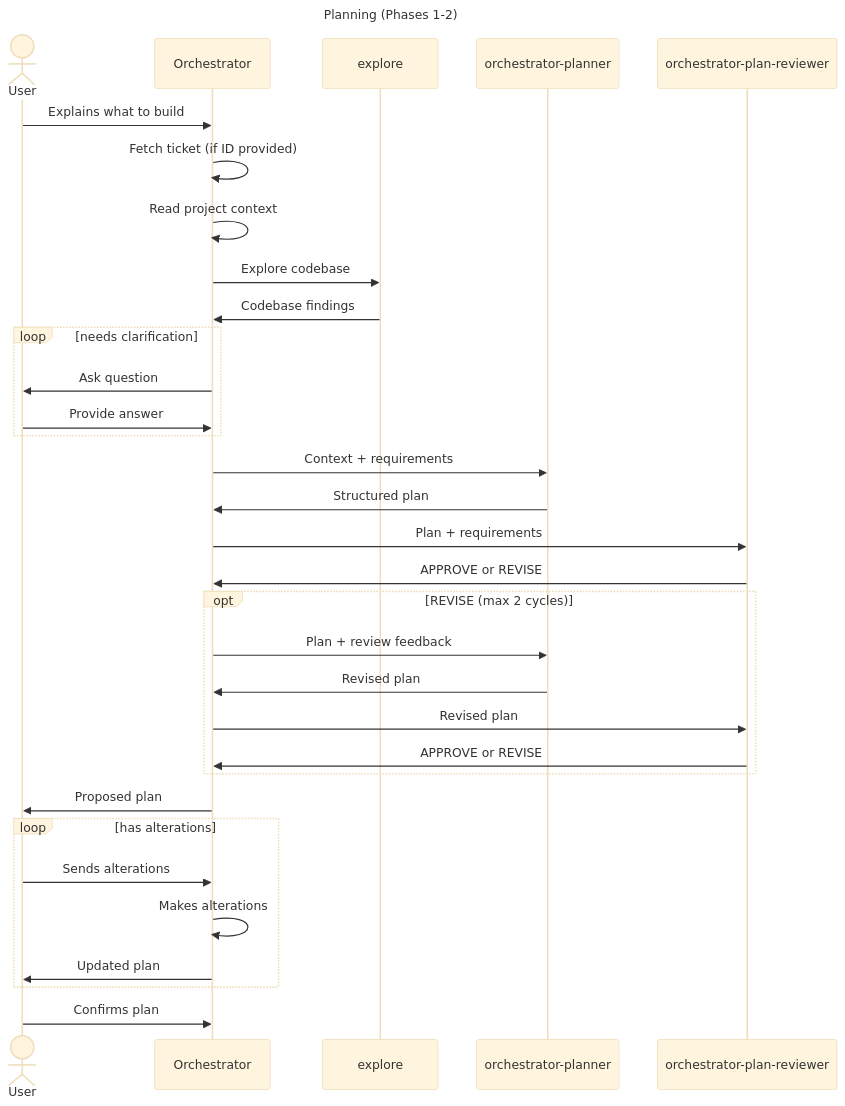
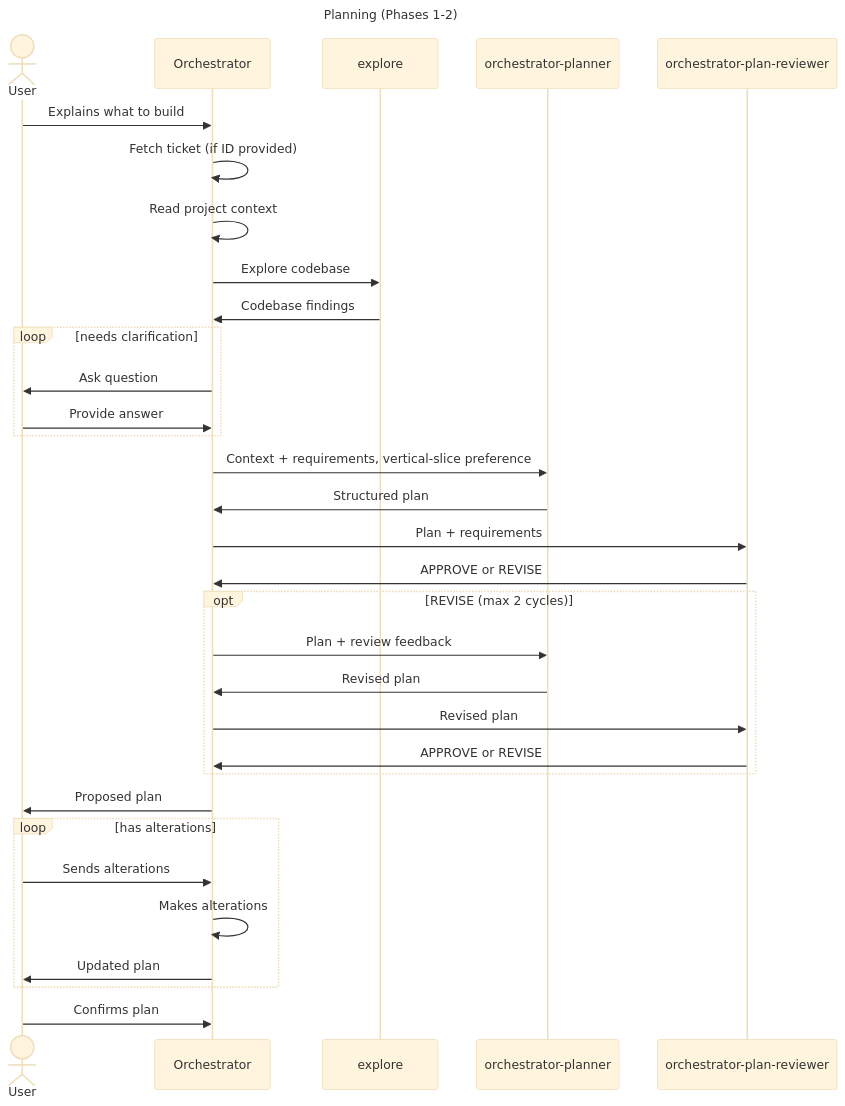
One commit to mlawd/dotfiles changed the first of 2 diagrams in agents/docs.md. Above: the diagram before and after it, drawn with Mermaid (base theme). The commit also changed 2 other files, not shown here.

Commit message:
chore: vertical slicing preference

````diff
--- a/agents/docs.md
+++ b/agents/docs.md
@@ -42,39 +42,39 @@
 ```mermaid
 ---
 title: Planning (Phases 1-2)
 ---
 
 sequenceDiagram
     actor u as User
     participant o as Orchestrator
     participant e as explore
     participant p as orchestrator-planner
     participant r as orchestrator-plan-reviewer
 
     u ->> o: Explains what to build
     o ->> o: Fetch ticket (if ID provided)
     o ->> o: Read project context
     o ->> e: Explore codebase
     e ->> o: Codebase findings
     loop needs clarification
         o ->> u: Ask question
         u ->> o: Provide answer
     end
-    o ->> p: Context + requirements
+    o ->> p: Context + requirements, vertical-slice preference
     p ->> o: Structured plan
     o ->> r: Plan + requirements
     r ->> o: APPROVE or REVISE
     opt REVISE (max 2 cycles)
         o ->> p: Plan + review feedback
         p ->> o: Revised plan
         o ->> r: Revised plan
         r ->> o: APPROVE or REVISE
     end
     o ->> u: Proposed plan
     loop has alterations
         u ->> o: Sends alterations
         o ->> o: Makes alterations
         o ->> u: Updated plan
     end
     u ->> o: Confirms plan
 ```
````
